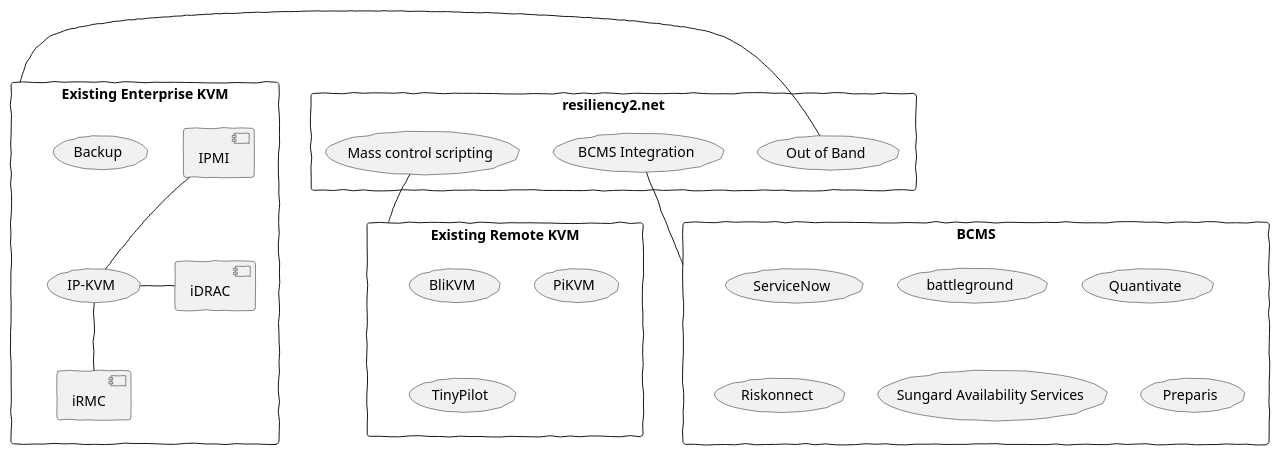
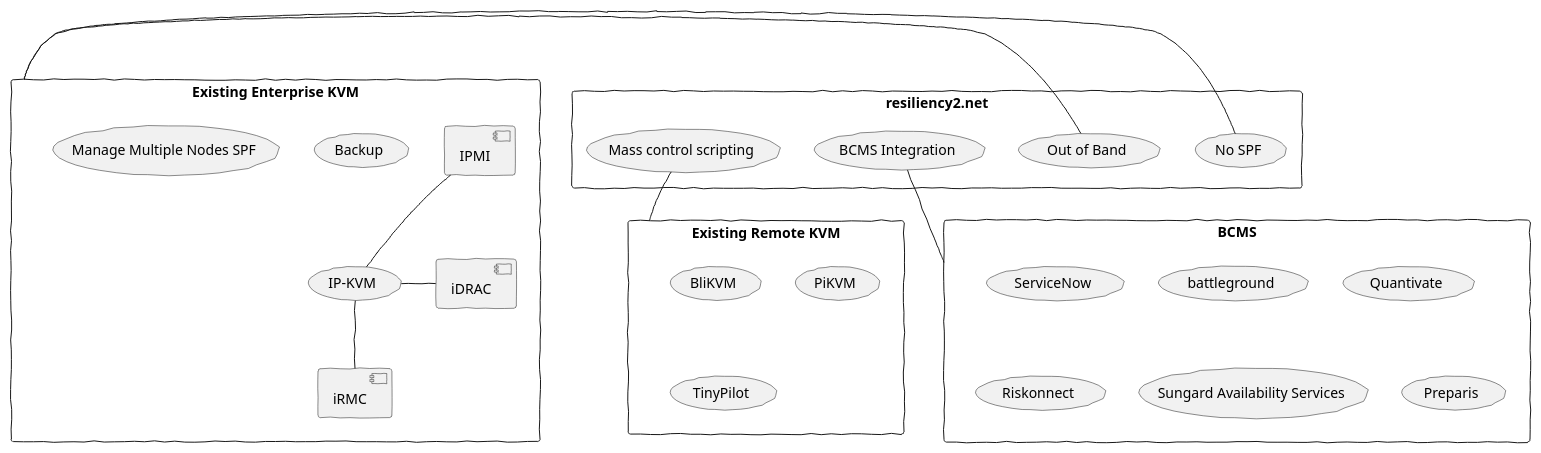
Before and after one commit to thomashan/remote-kvm-slides: the diagram in assets/market-analysis.puml, drawn with PlantUML.

Commit message:
expand solution (#6)

```diff
--- a/assets/market-analysis.puml
+++ b/assets/market-analysis.puml
@@ -1,35 +1,37 @@
 @startuml
 skinparam handwritten true
 
 rectangle "Existing Enterprise KVM" {
     (IP-KVM) - [iDRAC]
     (IP-KVM) -u- [IPMI]
     (IP-KVM) -d- [iRMC]
     (Backup)
+    (Manage Multiple Nodes SPF)
 }
 
 rectangle "Existing Remote KVM" {
     (BliKVM)
     (PiKVM)
     (TinyPilot)
 }
 
 rectangle "BCMS" {
     (ServiceNow)
     (battleground)
     (Quantivate)
     (Riskonnect)
     (Sungard Availability Services)
     (Preparis)
 }
 
 rectangle "resiliency2.net" {
+    (No SPF) - "Existing Enterprise KVM"
     (Out of Band) - "Existing Enterprise KVM"
     (Mass control scripting) -- "Existing Remote KVM"
     (BCMS Integration) -- "BCMS"
 }
 
 rectangle "BCMS" {
 }
 
 @enduml
```
